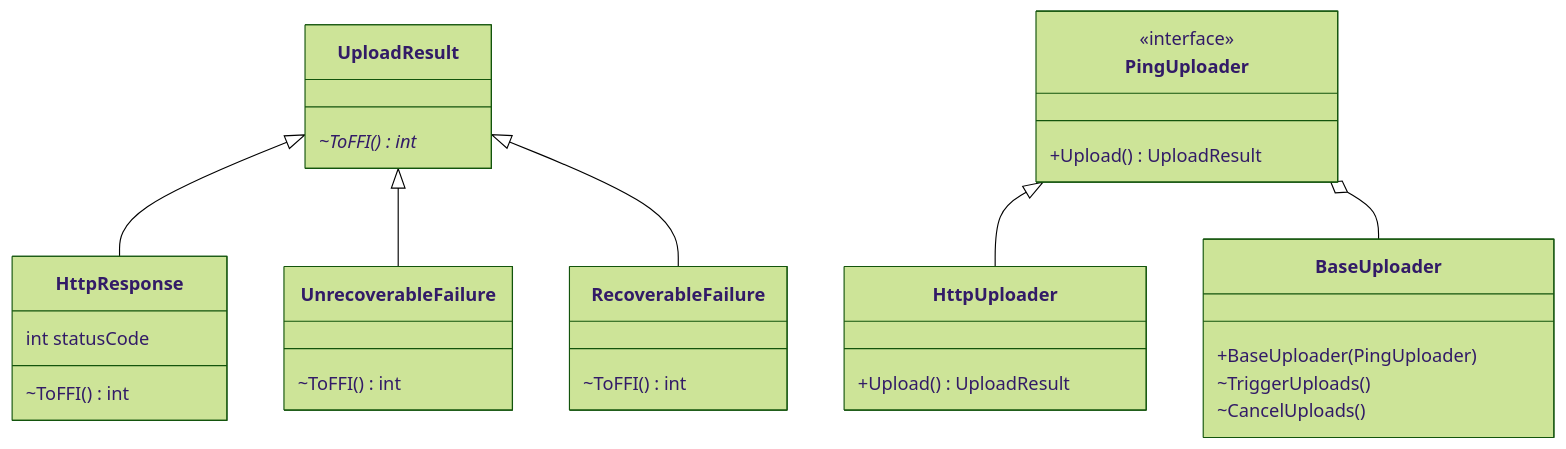
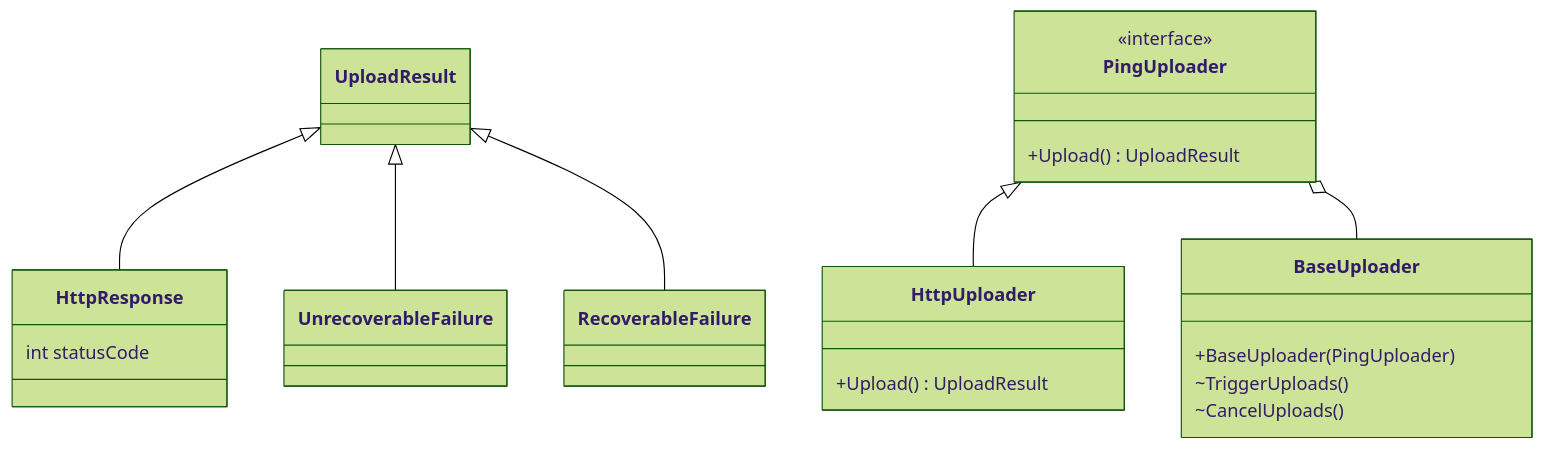
The first of 2 diagrams in docs/dev/core/internal/upload.md (mozilla/glean), drawn with Mermaid (forest theme) before and after one commit. The commit also changed other lines of this file and 1 other file, not shown here.

First line of the commit message:
FFI is gone, it's now all generated

````diff
--- a/docs/dev/core/internal/upload.md
+++ b/docs/dev/core/internal/upload.md
@@ -12,41 +12,37 @@
 ```mermaid
 classDiagram
     class UploadResult {
-        ~ToFFI()* int
     }
 
     class HttpResponse {
         int statusCode
-        ~ToFFI() int
     }
 
     class UnrecoverableFailure {
-        ~ToFFI() int
     }
 
     class RecoverableFailure {
-        ~ToFFI() int
     }
 
     class PingUploader {
         <<interface>>
         +Upload() UploadResult
     }
 
     class BaseUploader {
         +BaseUploader(PingUploader)
         ~TriggerUploads()
         ~CancelUploads()
     }
 
     class HttpUploader {
         +Upload() UploadResult
     }
 
     UploadResult <|-- HttpResponse
     UploadResult <|-- UnrecoverableFailure
     UploadResult <|-- RecoverableFailure
     PingUploader <|-- HttpUploader
     PingUploader o-- BaseUploader
 
 ```
````
